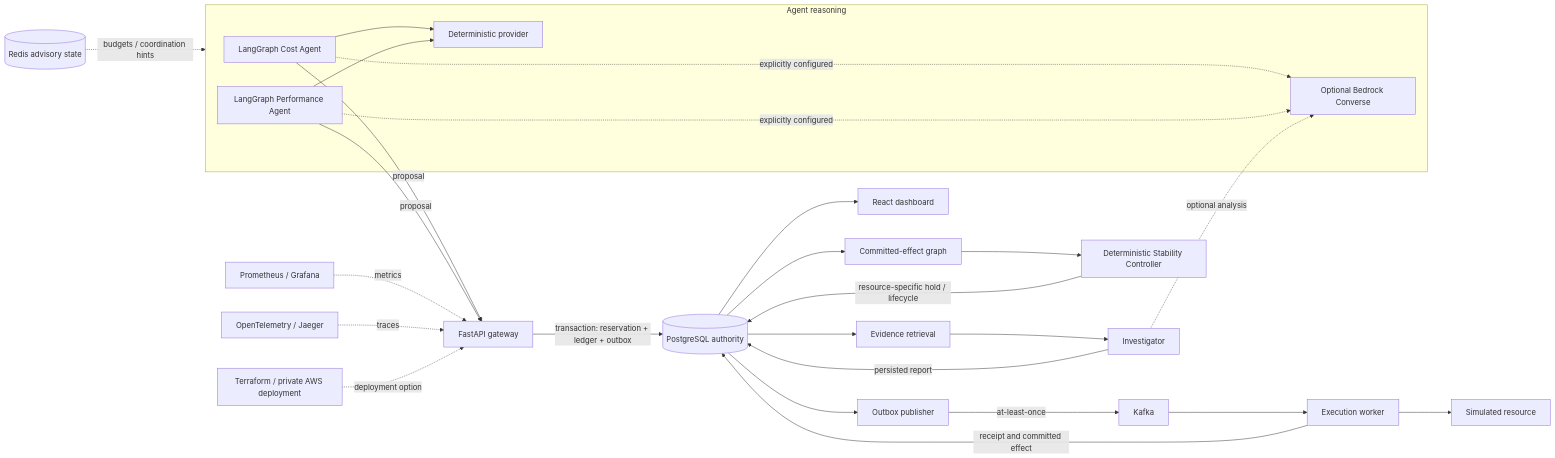
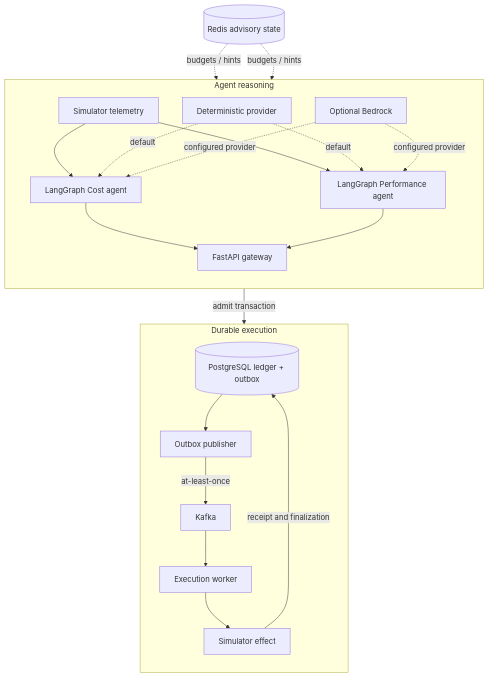
One commit to vedantkesharia/BotKernel changed the first of 2 diagrams in README.md. Above: the diagram before and after it, drawn with Mermaid. The commit also changed other lines of this file and 13 other files, not shown here.

````diff
--- a/README.md
+++ b/README.md
@@ -11,33 +11,25 @@
 ```mermaid
-flowchart LR
-  subgraph Agents["Agent reasoning"]
-    C[LangGraph Cost Agent]
-    P[LangGraph Performance Agent]
-    D[Deterministic provider]
-    B[Optional Bedrock Converse]
-    C --> D
-    P --> D
-    C -. explicitly configured .-> B
-    P -. explicitly configured .-> B
+flowchart TB
+  subgraph A["Agent reasoning"]
+    direction TB
+    T[Simulator telemetry] --> C[LangGraph Cost agent]
+    T --> P[LangGraph Performance agent]
+    C --> G[FastAPI gateway]
+    P --> G
+    D[Deterministic provider] -. default .-> C
+    D -. default .-> P
+    B[Optional Bedrock] -. configured provider .-> C
+    B -. configured provider .-> P
   end
-  C -->|proposal| G[FastAPI gateway]
-  P -->|proposal| G
-  G -->|transaction: reservation + ledger + outbox| PG[(PostgreSQL authority)]
-  PG --> Pub[Outbox publisher]
-  Pub -->|at-least-once| K[Kafka]
-  K --> W[Execution worker]
-  W --> R[Simulated resource]
-  W -->|receipt and committed effect| PG
-  PG --> EG[Committed-effect graph]
-  EG --> SC[Deterministic Stability Controller]
-  SC -->|resource-specific hold / lifecycle| PG
-  PG --> ER[Evidence retrieval]
-  ER --> I[Investigator]
-  I -. optional analysis .-> B
-  I -->|persisted report| PG
-  PG --> UI[React dashboard]
-  Redis[(Redis advisory state)] -. budgets / coordination hints .-> Agents
-  Prom[Prometheus / Grafana] -. metrics .-> G
-  OTel[OpenTelemetry / Jaeger] -. traces .-> G
-  TF[Terraform / private AWS deployment] -. deployment option .-> G
+  subgraph E["Durable execution"]
+    direction TB
+    G -->|admit transaction| DB[(PostgreSQL ledger + outbox)]
+    DB --> PUB[Outbox publisher]
+    PUB -->|at-least-once| K[Kafka]
+    K --> W[Execution worker]
+    W --> R[Simulator effect]
+    R -->|receipt and finalization| DB
+  end
+  Redis[(Redis advisory state)] -. budgets / hints .-> C
+  Redis -. budgets / hints .-> P
 ```
````
